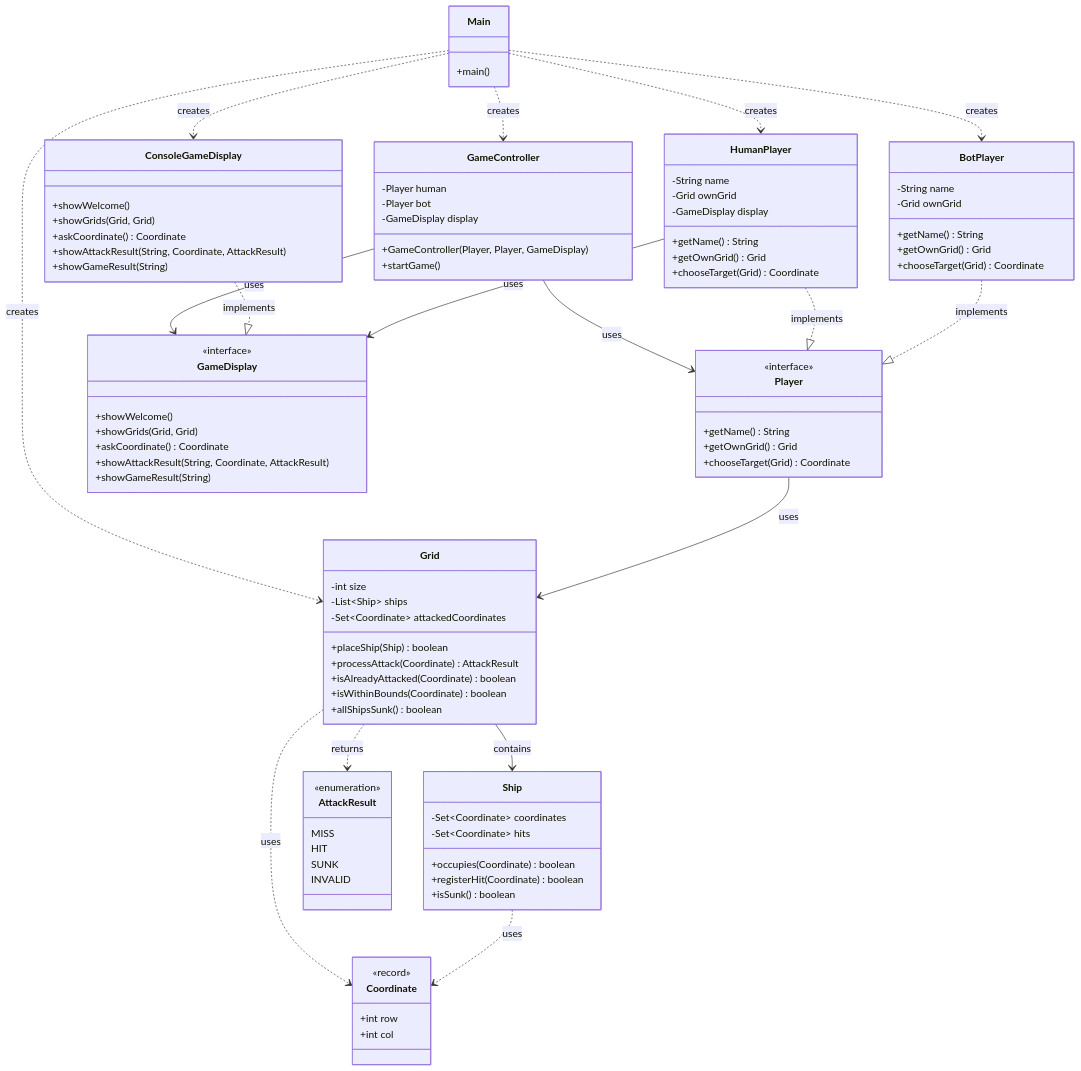
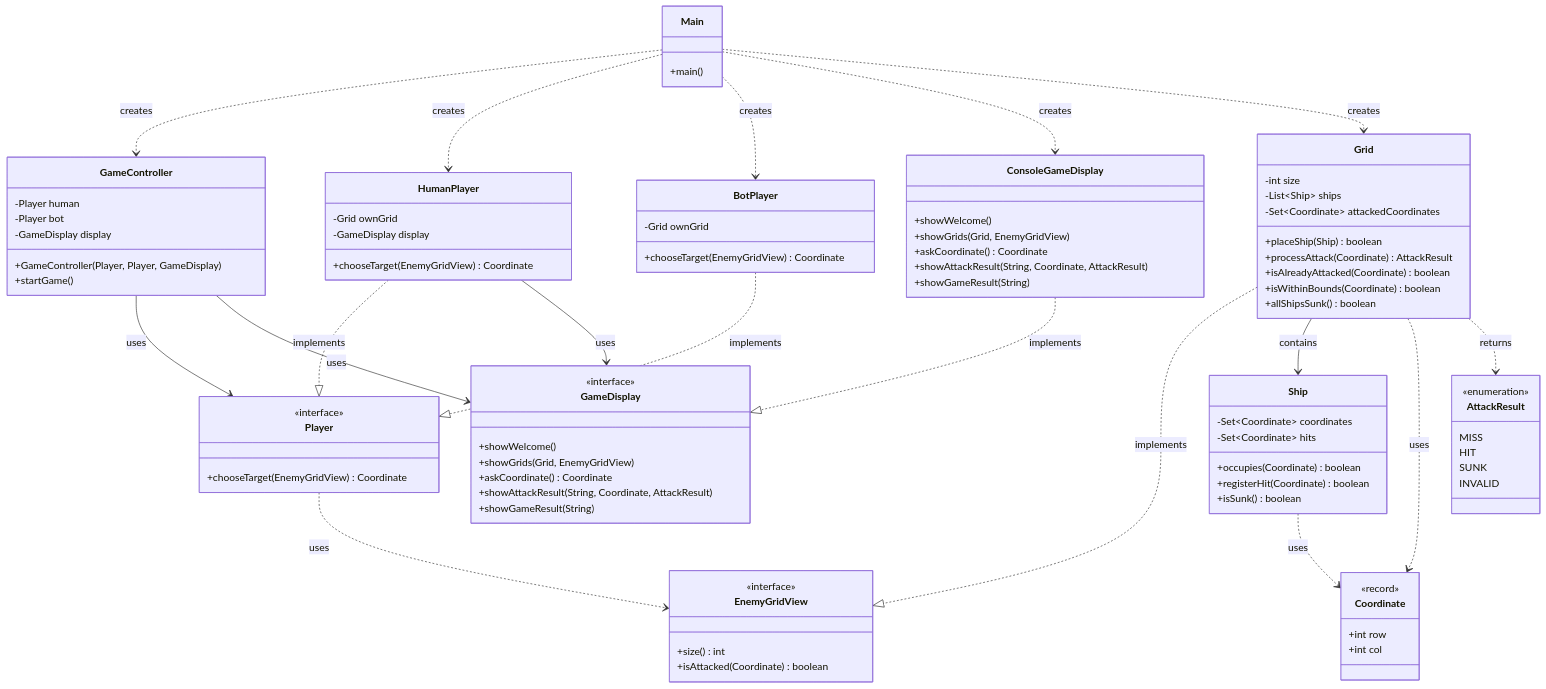
The diagram in README.md (m-kuleshov/console-battleship), drawn with Mermaid before and after one commit. The commit also changed other lines of this file, not shown here.

Commit message:
added EnemyGridView

```diff
--- a/README.md
+++ b/README.md
@@ -89,32 +88,30 @@
 
     class Player {
         <<interface>>
-        +getName() String
-        +getOwnGrid() Grid
-        +chooseTarget(Grid) Coordinate
+        +chooseTarget(EnemyGridView) Coordinate
     }
 
     class HumanPlayer {
-        -String name
         -Grid ownGrid
         -GameDisplay display
-        +getName() String
-        +getOwnGrid() Grid
-        +chooseTarget(Grid) Coordinate
+        +chooseTarget(EnemyGridView) Coordinate
     }
 
     class BotPlayer {
-        -String name
         -Grid ownGrid
-        +getName() String
-        +getOwnGrid() Grid
-        +chooseTarget(Grid) Coordinate
+        +chooseTarget(EnemyGridView) Coordinate
+    }
+
+    class EnemyGridView {
+        <<interface>>
+        +size() int
+        +isAttacked(Coordinate) boolean
     }
 
     class GameDisplay {
         <<interface>>
         +showWelcome()
-        +showGrids(Grid, Grid)
+        +showGrids(Grid, EnemyGridView)
         +askCoordinate() Coordinate
         +showAttackResult(String, Coordinate, AttackResult)
         +showGameResult(String)
@@ -122,7 +119,7 @@
 
     class ConsoleGameDisplay {
         +showWelcome()
-        +showGrids(Grid, Grid)
+        +showGrids(Grid, EnemyGridView)
         +askCoordinate() Coordinate
         +showAttackResult(String, Coordinate, AttackResult)
         +showGameResult(String)
@@ -175,7 +172,8 @@
     ConsoleGameDisplay ..|> GameDisplay : implements
 
     HumanPlayer --> GameDisplay : uses
-    Player --> Grid : uses
+    Player ..> EnemyGridView : uses
+    Grid ..|> EnemyGridView : implements
     Grid --> Ship : contains
     Grid ..> Coordinate : uses
     Grid ..> AttackResult : returns
```
